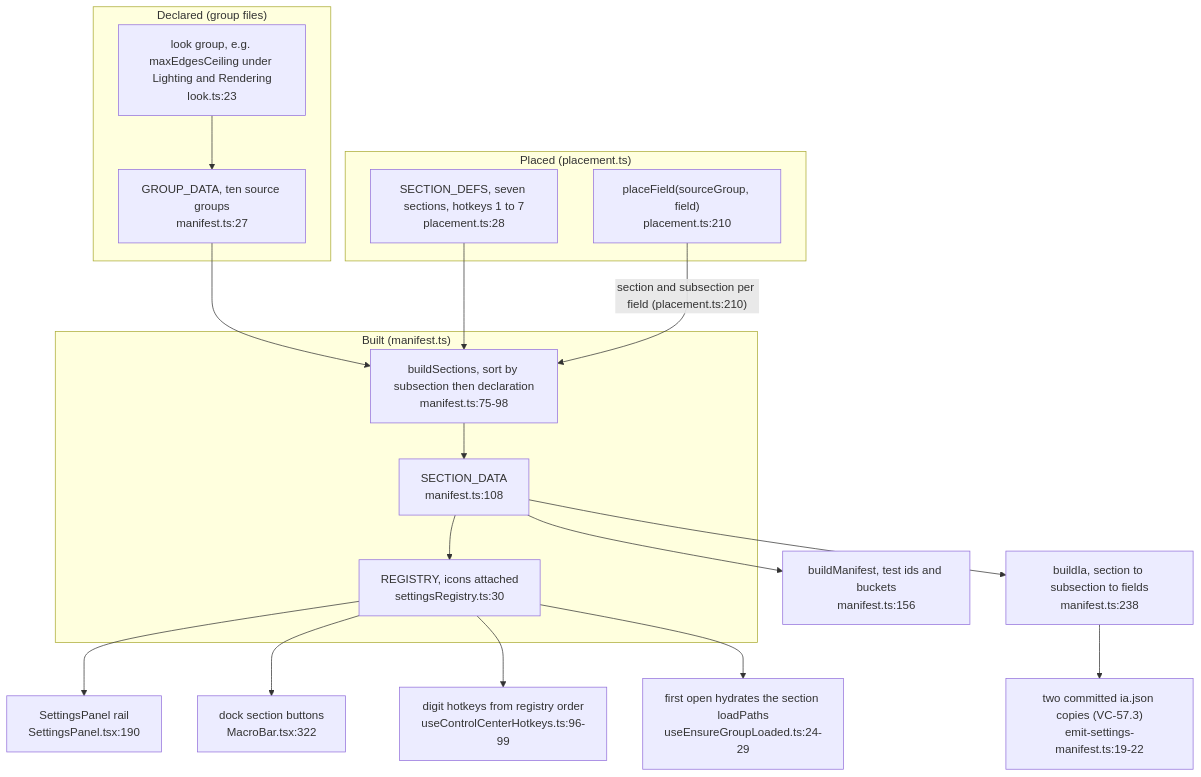
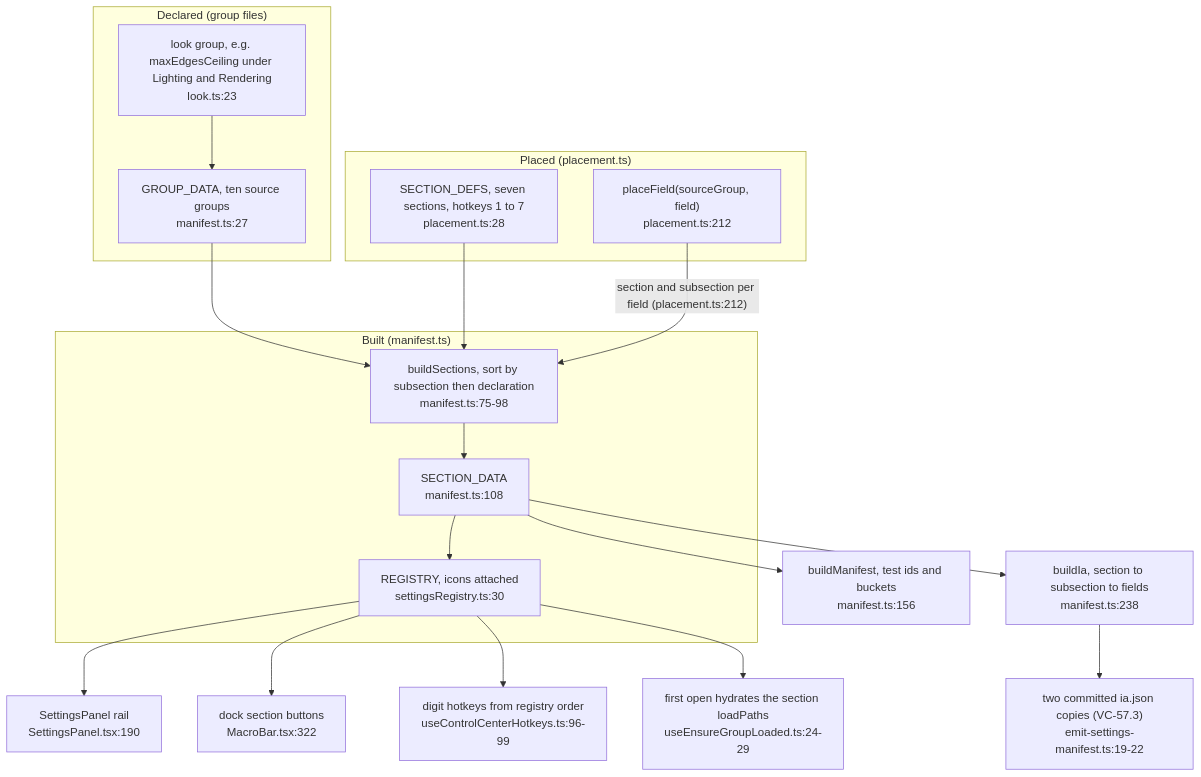
One commit to DreamLab-AI/VisionFlow changed the first of 12 diagrams in docs/diagrams/visionclaw/57-control-centre-ia-and-drawer.md. Above: the diagram before and after it, drawn with Mermaid. The commit also changed other lines of this file and 81 other files, not shown here.

First line of the commit message:
docs(diagrams): roll VisionClaw topics to main 010e1109b (PR 37 and 38 merged); fix remaining prose citations

````diff
--- a/docs/diagrams/visionclaw/57-control-centre-ia-and-drawer.md
+++ b/docs/diagrams/visionclaw/57-control-centre-ia-and-drawer.md
@@ -76,28 +76,28 @@
 ```mermaid
 flowchart TB
     subgraph decl["Declared (group files)"]
         GD["GROUP_DATA, ten source groups<br/>manifest.ts:27"]
         LOOK["look group, e.g. maxEdgesCeiling under Lighting and Rendering<br/>look.ts:23"]
     end
     subgraph place["Placed (placement.ts)"]
         SD["SECTION_DEFS, seven sections, hotkeys 1 to 7<br/>placement.ts:28"]
-        PF["placeField(sourceGroup, field)<br/>placement.ts:210"]
+        PF["placeField(sourceGroup, field)<br/>placement.ts:212"]
     end
     subgraph built["Built (manifest.ts)"]
         BS["buildSections, sort by subsection then declaration<br/>manifest.ts:75-98"]
         SECD["SECTION_DATA<br/>manifest.ts:108"]
         REG["REGISTRY, icons attached<br/>settingsRegistry.ts:30"]
     end
     GD --> BS
     LOOK --> GD
     SD --> BS
-    PF -->|"section and subsection per field (placement.ts:210)"| BS
+    PF -->|"section and subsection per field (placement.ts:212)"| BS
     BS --> SECD --> REG
     REG --> RAIL["SettingsPanel rail<br/>SettingsPanel.tsx:190"]
     REG --> DOCK["dock section buttons<br/>MacroBar.tsx:322"]
     REG --> HK["digit hotkeys from registry order<br/>useControlCenterHotkeys.ts:96-99"]
     SECD --> BM["buildManifest, test ids and buckets<br/>manifest.ts:156"]
     SECD --> BI["buildIa, section to subsection to fields<br/>manifest.ts:238"]
     BI --> IA2["two committed ia.json copies (VC-57.3)<br/>emit-settings-manifest.ts:19-22"]
     REG --> LOAD["first open hydrates the section loadPaths<br/>useEnsureGroupLoaded.ts:24-29"]
 ```
````
